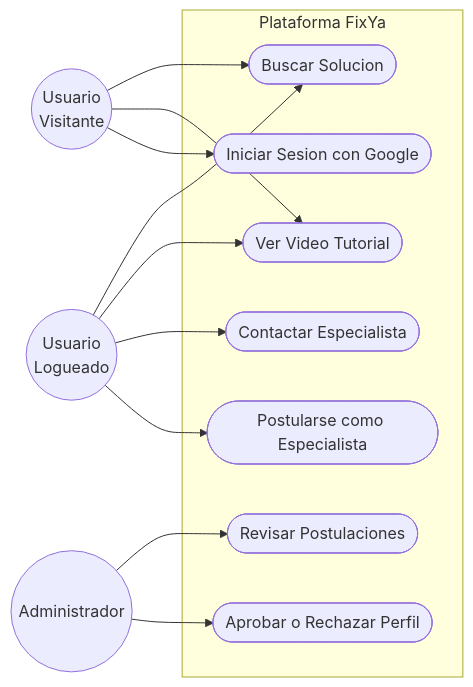
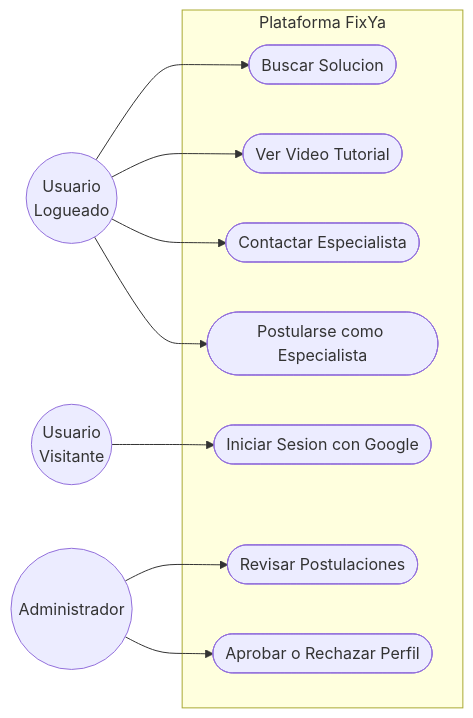
One commit to Lucenear/Tecnicatura_Programacion_UTN changed the second of 3 diagrams in 4to_Semestre/Trabajo_Final/docs/Arquitectura.md. Above: the diagram before and after it, drawn with Mermaid. The commit also changed other lines of this file and 22 other files, not shown here.

````diff
--- a/4to_Semestre/Trabajo_Final/docs/Arquitectura.md
+++ b/4to_Semestre/Trabajo_Final/docs/Arquitectura.md
@@ -45,31 +45,29 @@
 ```mermaid
 flowchart LR
     %% Actores
     Visitante((Usuario\nVisitante))
     User((Usuario\nLogueado))
     Admin((Administrador))
 
     %% Casos de Uso (Modulo)
     subgraph Plataforma [Plataforma FixYa]
         UC1([Buscar Solucion])
         UC2([Ver Video Tutorial])
         UC3([Contactar Especialista])
         UC4([Iniciar Sesion con Google])
         UC5([Postularse como Especialista])
         UC6([Revisar Postulaciones])
         UC7([Aprobar o Rechazar Perfil])
     end
 
     %% Relaciones
-    Visitante --> UC1
-    Visitante --> UC2
     Visitante --> UC4
 
     User --> UC1
     User --> UC2
     User --> UC3
     User --> UC5
 
     Admin --> UC6
     Admin --> UC7
 ```
````
